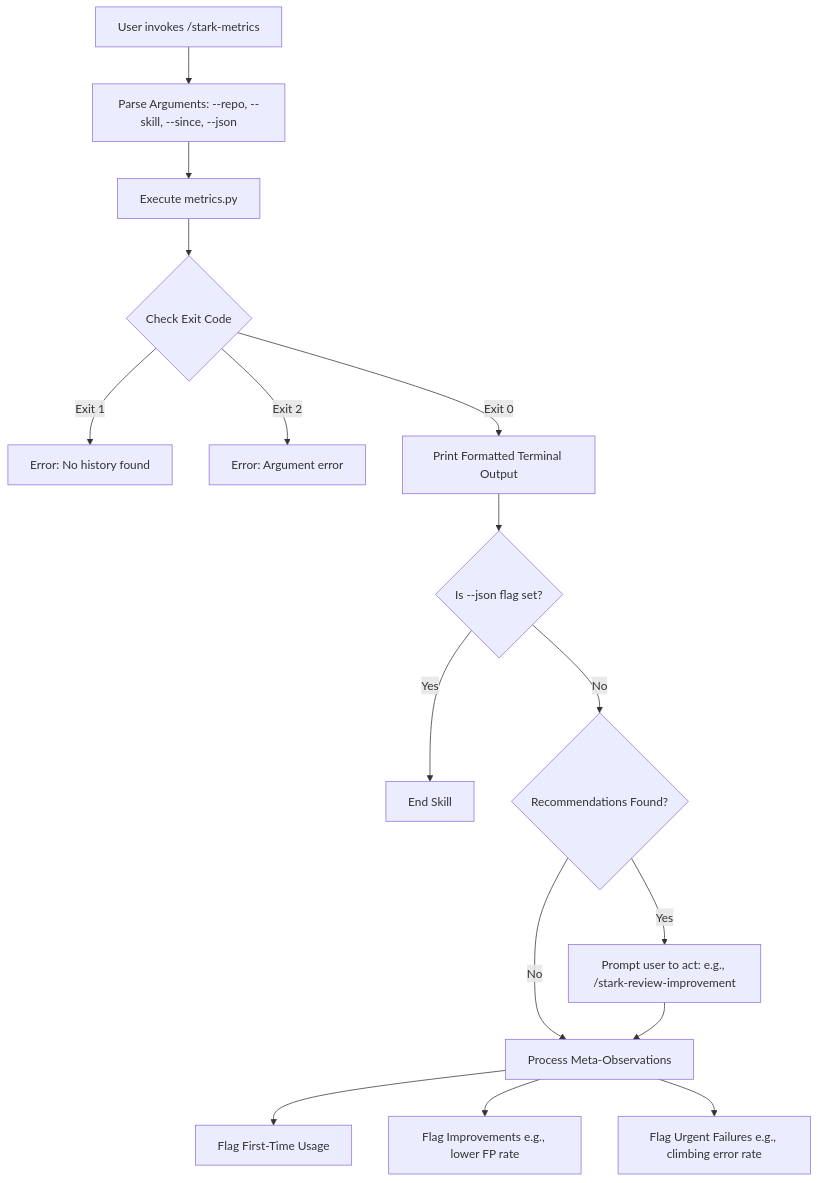
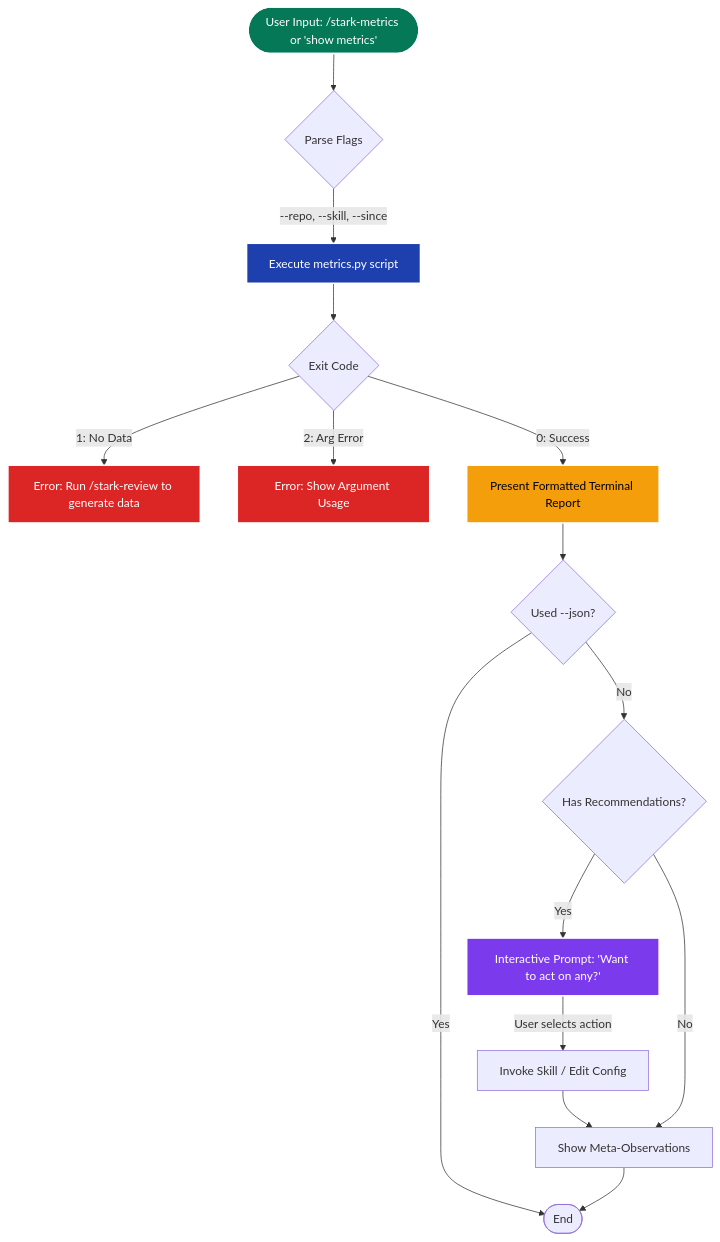
The diagram in docs/skills/stark-metrics/usage.md (21StarkCom/stark-skills), drawn with Mermaid before and after one commit. The commit also changed other lines of this file and 199 other files, not shown here.

Commit message:
feat: complete skill docs for all 19 skills — Mermaid + HTML viz + routing guide (#68) (#82)

````diff
--- a/docs/skills/stark-metrics/usage.md
+++ b/docs/skills/stark-metrics/usage.md
@@ -7,18 +7,29 @@
 ```mermaid
 graph TD
-  A[User invokes /stark-metrics] --> B[Parse Arguments: --repo, --skill, --since, --json]
-  B --> C[Execute metrics.py]
-  C --> D{Check Exit Code}
-  D -->|Exit 1| E[Error: No history found]
-  D -->|Exit 2| F[Error: Argument error]
-  D -->|Exit 0| G[Print Formatted Terminal Output]
-  G --> H{Is --json flag set?}
-  H -->|Yes| I[End Skill]
-  H -->|No| J{Recommendations Found?}
-  J -->|Yes| K[Prompt user to act: e.g., /stark-review-improvement]
-  J -->|No| L[Process Meta-Observations]
-  K --> L
-  L --> M[Flag First-Time Usage]
-  L --> N[Flag Improvements e.g., lower FP rate]
-  L --> O[Flag Urgent Failures e.g., climbing error rate]
+    A([User Input: /stark-metrics or 'show metrics']) --> B{Parse Flags}
+    B -->|--repo, --skill, --since| C[Execute metrics.py script]
+    
+    C --> D{Exit Code}
+    D -->|1: No Data| E[Error: Run /stark-review to generate data]
+    D -->|2: Arg Error| F[Error: Show Argument Usage]
+    
+    D -->|0: Success| G[Present Formatted Terminal Report]
+    
+    G --> H{Used --json?}
+    H -->|Yes| Z([End])
+    
+    H -->|No| I{Has Recommendations?}
+    I -->|Yes| J[Interactive Prompt: 'Want to act on any?']
+    J -->|User selects action| K[Invoke Skill / Edit Config]
+    K --> L[Show Meta-Observations]
+    
+    I -->|No| L
+    L --> Z([End])
+    
+    style A fill:#047857,stroke:#fff,stroke-width:2px,color:#fff
+    style C fill:#1e40af,stroke:#fff,stroke-width:2px,color:#fff
+    style G fill:#f59e0b,stroke:#fff,stroke-width:2px,color:#000
+    style J fill:#7c3aed,stroke:#fff,stroke-width:2px,color:#fff
+    style E fill:#dc2626,stroke:#fff,stroke-width:2px,color:#fff
+    style F fill:#dc2626,stroke:#fff,stroke-width:2px,color:#fff
 ```
````
